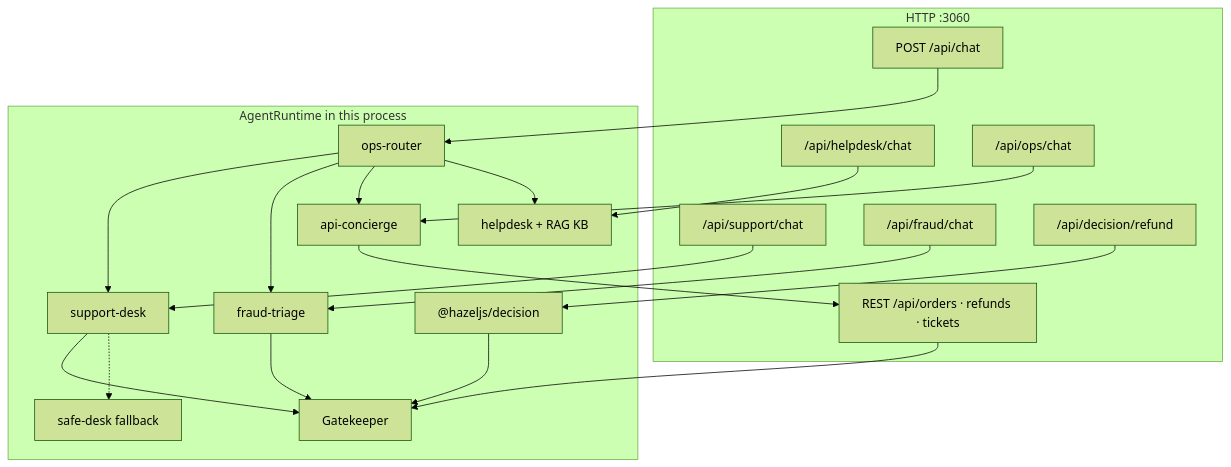
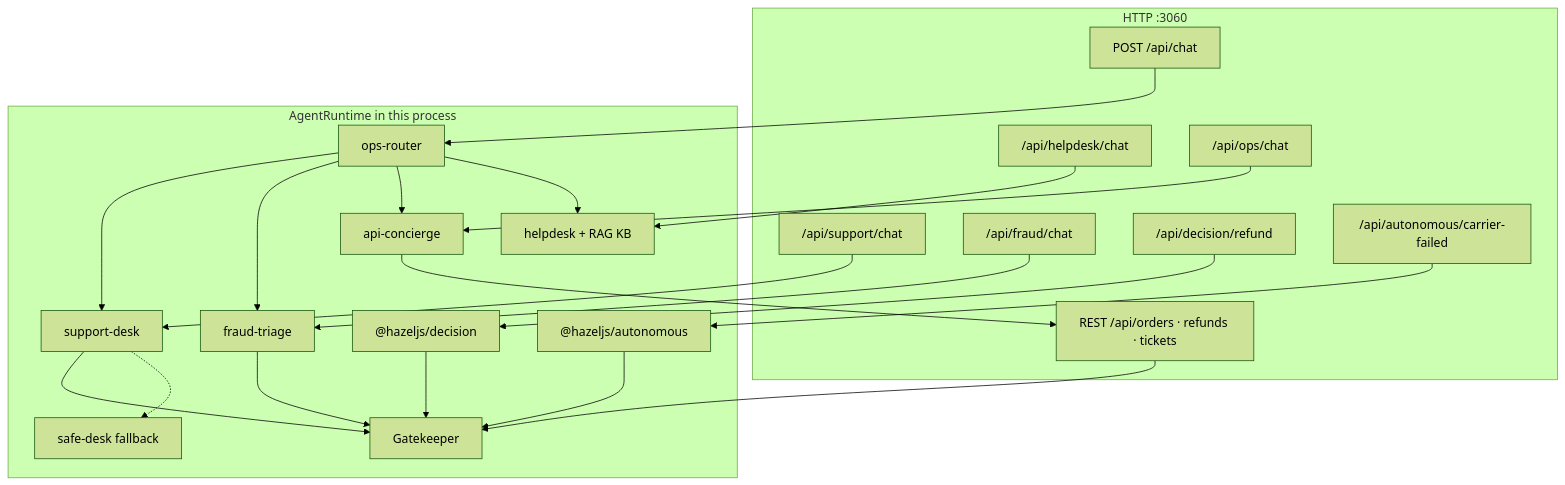
Before and after one commit to hazel-js/hazeljs-meridian-ops: the first of 3 diagrams in README.md, drawn with Mermaid (forest theme). The commit also changed other lines of this file and 14 other files, not shown here.

````diff
--- a/README.md
+++ b/README.md
@@ -24,40 +25,44 @@
 ```mermaid
 flowchart TB
   subgraph http [HTTP :3060]
     Chat["POST /api/chat"]
     Support["/api/support/chat"]
     Helpdesk["/api/helpdesk/chat"]
     Ops["/api/ops/chat"]
     Fraud["/api/fraud/chat"]
     Decision["/api/decision/refund"]
+    AAR["/api/autonomous/carrier-failed"]
     REST["REST /api/orders · refunds · tickets"]
   end
 
   subgraph runtime [AgentRuntime in this process]
     GK[Gatekeeper]
     Router[ops-router]
     Desk[support-desk]
     Safe[safe-desk fallback]
     Concierge[api-concierge]
     FraudA[fraud-triage]
     HD[helpdesk + RAG KB]
     DecRT["@hazeljs/decision"]
+    AarRT["@hazeljs/autonomous"]
   end
 
   Chat --> Router
   Support --> Desk
   Helpdesk --> HD
   Ops --> Concierge
   Fraud --> FraudA
   Decision --> DecRT
   DecRT --> GK
+  AAR --> AarRT
+  AarRT --> GK
   Router --> Desk
   Router --> FraudA
   Router --> Concierge
   Router --> HD
   Desk --> GK
   FraudA --> GK
   Concierge --> REST
   REST --> GK
   Desk -.-> Safe
 ```
````
